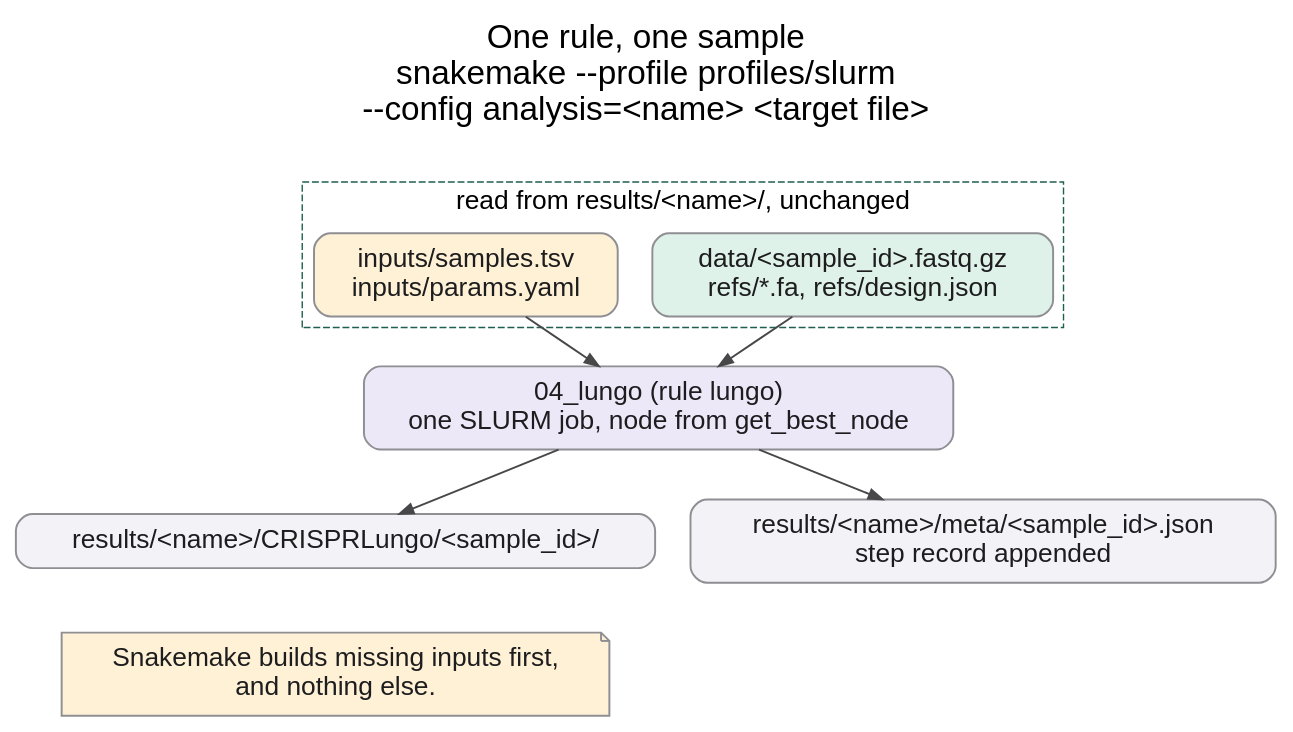
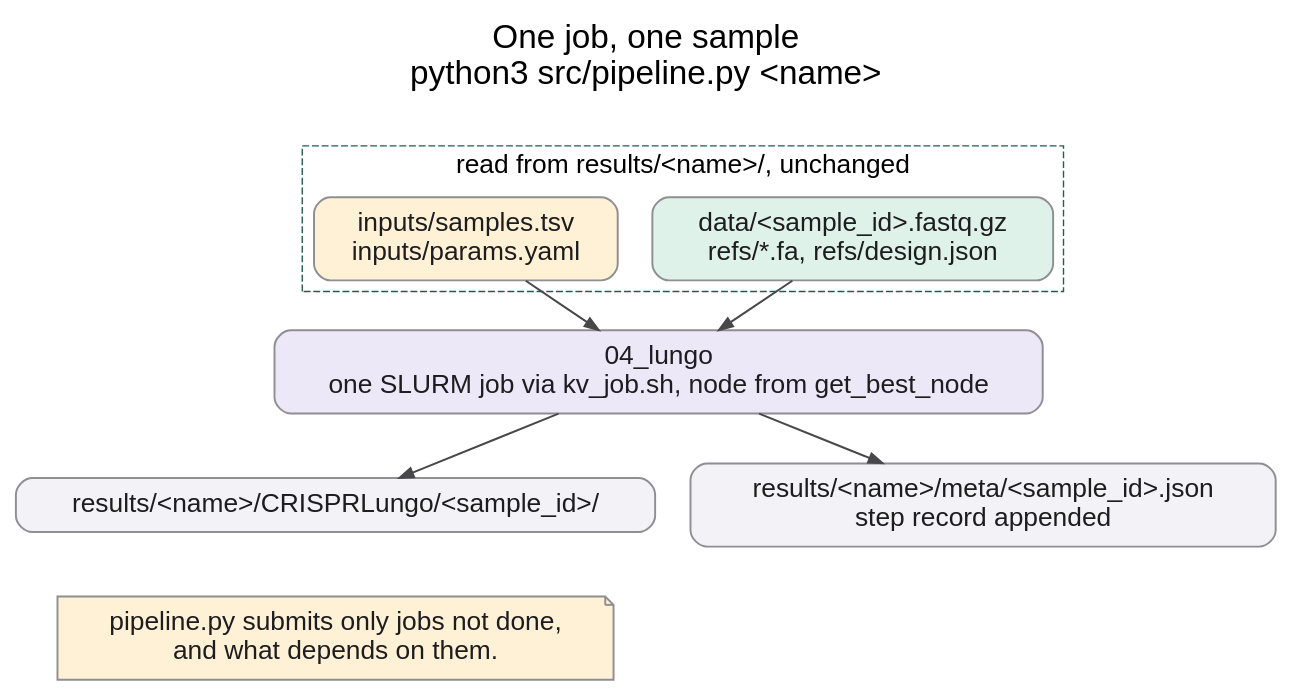
One commit to ssenci97/ONT-CRISPR-knock-in changed the diagram in docs/diagrams/02_single_tool.dot. Above: the diagram before and after it, drawn with Graphviz. The commit also changed 35 other files, not shown here.

```diff
--- a/docs/diagrams/02_single_tool.dot
+++ b/docs/diagrams/02_single_tool.dot
@@ -1,20 +1,20 @@
 digraph single_tool {
   graph [rankdir=TB, bgcolor="white", fontname="Helvetica", fontsize=24, labelloc=t, nodesep=0.35, ranksep=0.5,
-         label="One rule, one sample\nsnakemake --profile profiles/slurm\n--config analysis=<name> <target file>\n "];
+         label="One job, one sample\npython3 src/pipeline.py <name>\n "];
   node [fontname="Helvetica", fontsize=19, shape=box, style="rounded,filled", color="#8e8e93", penwidth=1.4, fontcolor="#1d1d1f", margin="0.2,0.12"];
   edge [color="#48484a", arrowsize=1.0, penwidth=1.4];
 
   subgraph cluster_in {
     label="read from results/<name>/, unchanged"; fontname="Helvetica"; fontsize=19; color="#1f5f4f"; style=dashed;
     fastq  [label="data/<sample_id>.fastq.gz\nrefs/*.fa, refs/design.json", fillcolor="#dff2ea"];
     frozen [label="inputs/samples.tsv\ninputs/params.yaml", fillcolor="#fff1d6"];
   }
-  step [label="04_lungo (rule lungo)\none SLURM job, node from get_best_node", fillcolor="#ece8f7"];
+  step [label="04_lungo\none SLURM job via kv_job.sh, node from get_best_node", fillcolor="#ece8f7"];
   out  [label="results/<name>/CRISPRLungo/<sample_id>/", fillcolor="#f2f2f7"];
   meta [label="results/<name>/meta/<sample_id>.json\nstep record appended", fillcolor="#f2f2f7"];
-  note [shape=note, fillcolor="#fff1d6", label="Snakemake builds missing inputs first,\nand nothing else."];
+  note [shape=note, fillcolor="#fff1d6", label="pipeline.py submits only jobs not done,\nand what depends on them."];
 
   fastq -> step; frozen -> step;
   step -> out; step -> meta;
   out -> note [style=invis];
 }
```
